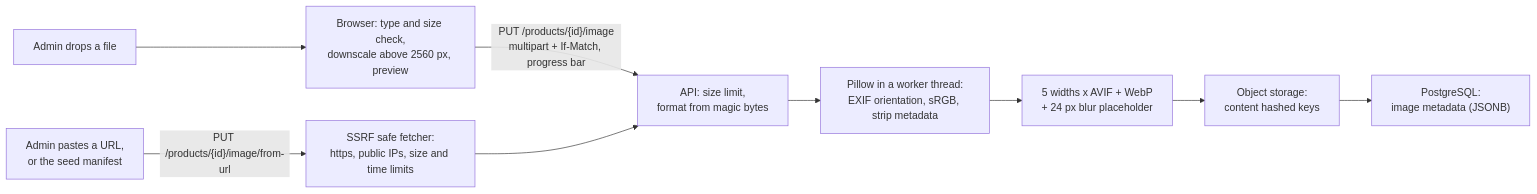
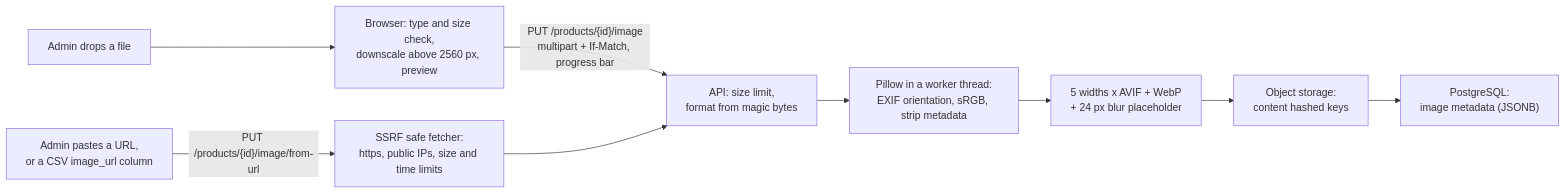
Before and after one commit to davidmm07/ecommerce-platform: the fourth of 4 diagrams in README.md, drawn with Mermaid. The commit also changed other lines of this file, not shown here.

Commit message:
docs: add the ER diagram and document CSV image columns

````diff
--- a/README.md
+++ b/README.md
@@ -542,11 +699,11 @@
 ```mermaid
 flowchart LR
     A["Admin drops a file"] --> B["Browser: type and size check,<br/>downscale above 2560 px, preview"]
     B -->|"PUT /products/{id}/image<br/>multipart + If-Match, progress bar"| C["API: size limit,<br/>format from magic bytes"]
-    U["Admin pastes a URL,<br/>or the seed manifest"] -->|"PUT /products/{id}/image/from-url"| R["SSRF safe fetcher:<br/>https, public IPs, size and time limits"]
+    U["Admin pastes a URL,<br/>or a CSV image_url column"] -->|"PUT /products/{id}/image/from-url"| R["SSRF safe fetcher:<br/>https, public IPs, size and time limits"]
     R --> C
     C --> D["Pillow in a worker thread:<br/>EXIF orientation, sRGB, strip metadata"]
     D --> E["5 widths x AVIF + WebP<br/>+ 24 px blur placeholder"]
     E --> F["Object storage:<br/>content hashed keys"]
     F --> G["PostgreSQL:<br/>image metadata (JSONB)"]
 ```
````
